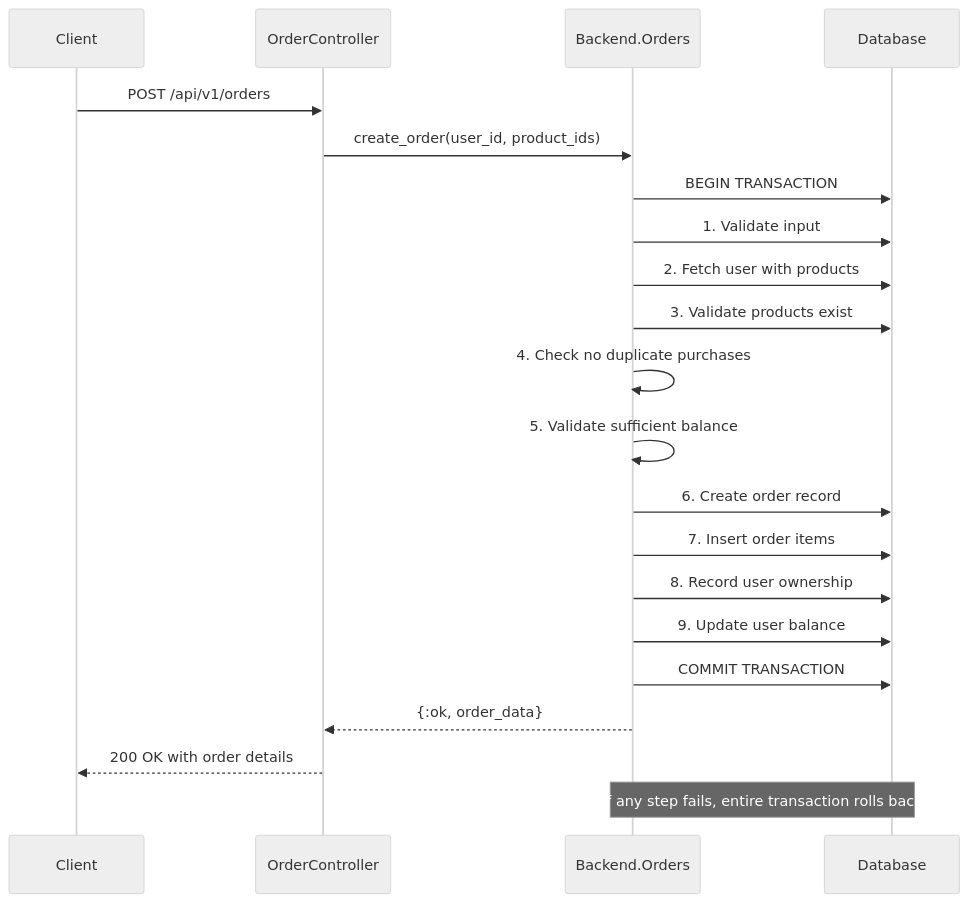
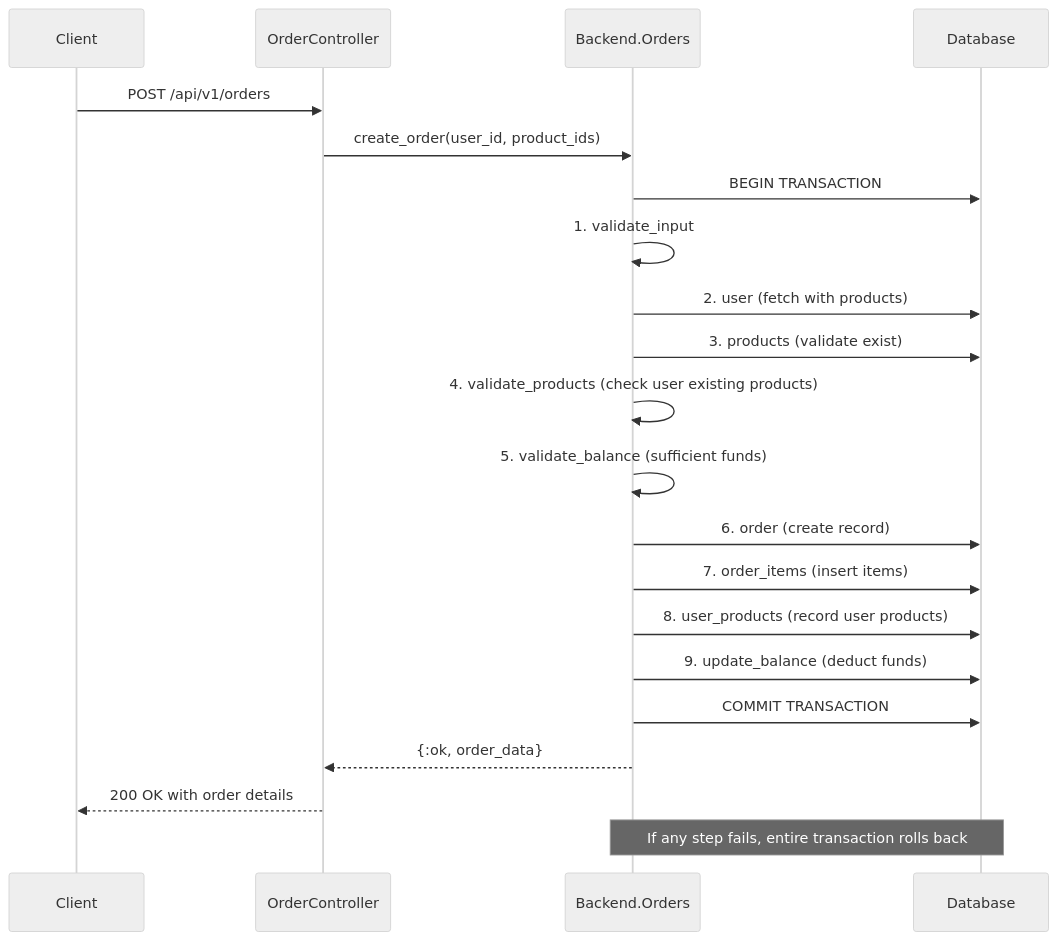
The second of 3 diagrams in backend/README.md (soniaood/backend-exercise), drawn with Mermaid (neutral theme) before and after one commit. The commit also changed other lines of this file and 2 other files, not shown here.

````diff
--- a/backend/README.md
+++ b/backend/README.md
@@ -196,27 +149,27 @@
 ```mermaid
 sequenceDiagram
     participant Client
     participant OrderController
     participant BackendOrders as Backend.Orders
     participant Database
     
     Client->>OrderController: POST /api/v1/orders
     OrderController->>BackendOrders: create_order(user_id, product_ids)
     
     BackendOrders->>Database: BEGIN TRANSACTION
-    BackendOrders->>Database: 1. Validate input
-    BackendOrders->>Database: 2. Fetch user with products
-    BackendOrders->>Database: 3. Validate products exist
-    BackendOrders->>BackendOrders: 4. Check no duplicate purchases
-    BackendOrders->>BackendOrders: 5. Validate sufficient balance
-    BackendOrders->>Database: 6. Create order record
-    BackendOrders->>Database: 7. Insert order items
-    BackendOrders->>Database: 8. Record user ownership
-    BackendOrders->>Database: 9. Update user balance
+    BackendOrders->>BackendOrders: 1. validate_input
+    BackendOrders->>Database: 2. user (fetch with products)
+    BackendOrders->>Database: 3. products (validate exist)
+    BackendOrders->>BackendOrders: 4. validate_products (check user existing products)
+    BackendOrders->>BackendOrders: 5. validate_balance (sufficient funds)
+    BackendOrders->>Database: 6. order (create record)
+    BackendOrders->>Database: 7. order_items (insert items)
+    BackendOrders->>Database: 8. user_products (record user products)
+    BackendOrders->>Database: 9. update_balance (deduct funds)
     BackendOrders->>Database: COMMIT TRANSACTION
     
     BackendOrders-->>OrderController: {:ok, order_data}
     OrderController-->>Client: 200 OK with order details
     
     Note over BackendOrders,Database: If any step fails, entire transaction rolls back
 ```
````
